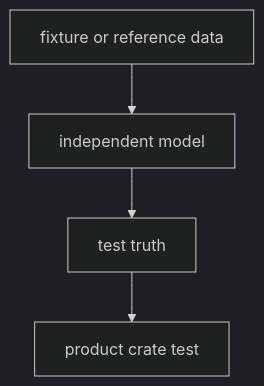
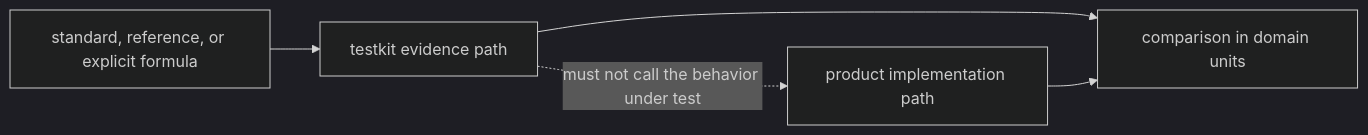
One commit to bijux/bijux-telecom changed the second of 3 diagrams in crates/bijux-gnss-testkit/README.md. Above: the diagram before and after it, drawn with Mermaid (dark theme). The commit also changed other lines of this file and 1 other file, not shown here.

Commit message:
docs(support): orient policy and truth consumers

````diff
--- a/crates/bijux-gnss-testkit/README.md
+++ b/crates/bijux-gnss-testkit/README.md
@@ -34,11 +66,11 @@
 ```mermaid
-flowchart TB
-    fixture["fixture or reference data"]
-    model["independent model"]
-    truth["test truth"]
-    product["product crate test"]
+flowchart LR
+    source["standard, reference, or explicit formula"]
+    testkit["testkit evidence path"]
+    product["product implementation path"]
+    assertion["comparison in domain units"]
 
-    fixture --> model
-    model --> truth
-    truth --> product
+    source --> testkit --> assertion
+    product --> assertion
+    testkit -. "must not call the behavior under test" .-> product
 ```
````
